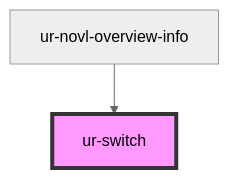
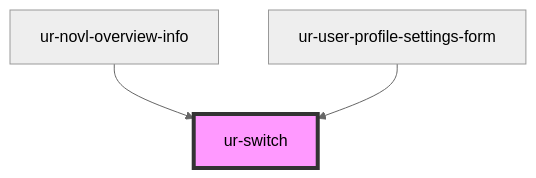
Before and after one commit to hellish/urnovl-web-components: the diagram in src/components/ur-switch/readme.md, drawn with Mermaid (neutral theme). The commit also changed other lines of this file and 6 other files, not shown here.

Commit message:
User Profile Settings more

````diff
--- a/src/components/ur-switch/readme.md
+++ b/src/components/ur-switch/readme.md
@@ -32,5 +33,6 @@
 ```mermaid
 graph TD;
   ur-novl-overview-info --> ur-switch
+  ur-user-profile-settings-form --> ur-switch
   style ur-switch fill:#f9f,stroke:#333,stroke-width:4px
 ```
````
